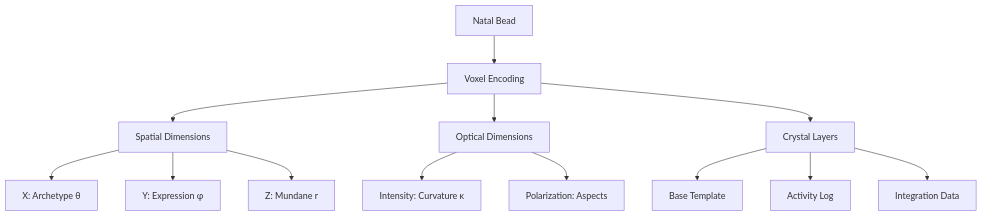
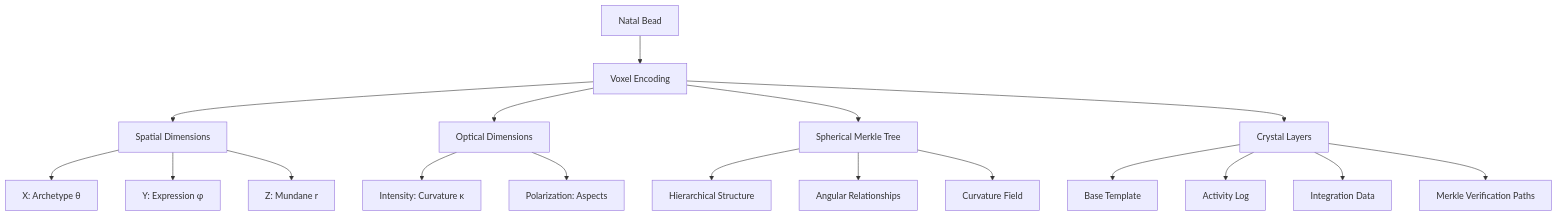
The third of 3 diagrams in docs/2. the cybernetic system/memorativa-2-17-natal-glass-beads.md (heavyblotto/memorativa), drawn with Mermaid before and after one commit. The commit also changed other lines of this file and 71 other files, not shown here.

````diff
--- a/docs/2. the cybernetic system/memorativa-2-17-natal-glass-beads.md
+++ b/docs/2. the cybernetic system/memorativa-2-17-natal-glass-beads.md
@@ -205,18 +276,24 @@
 ```mermaid
 graph TD
     NB[Natal Bead] --> VE[Voxel Encoding]
     VE --> SD[Spatial Dimensions]
     VE --> OD[Optical Dimensions]
+    VE --> SMT[Spherical Merkle Tree]
     
     SD --> X[X: Archetype θ]
     SD --> Y[Y: Expression φ] 
     SD --> Z[Z: Mundane r]
     
     OD --> I[Intensity: Curvature κ]
     OD --> P[Polarization: Aspects]
     
+    SMT --> H[Hierarchical Structure]
+    SMT --> A[Angular Relationships]
+    SMT --> C[Curvature Field]
+    
     VE --> CL[Crystal Layers]
     CL --> L1[Base Template]
     CL --> L2[Activity Log]
     CL --> L3[Integration Data]
+    CL --> L4[Merkle Verification Paths]
 ```
````
